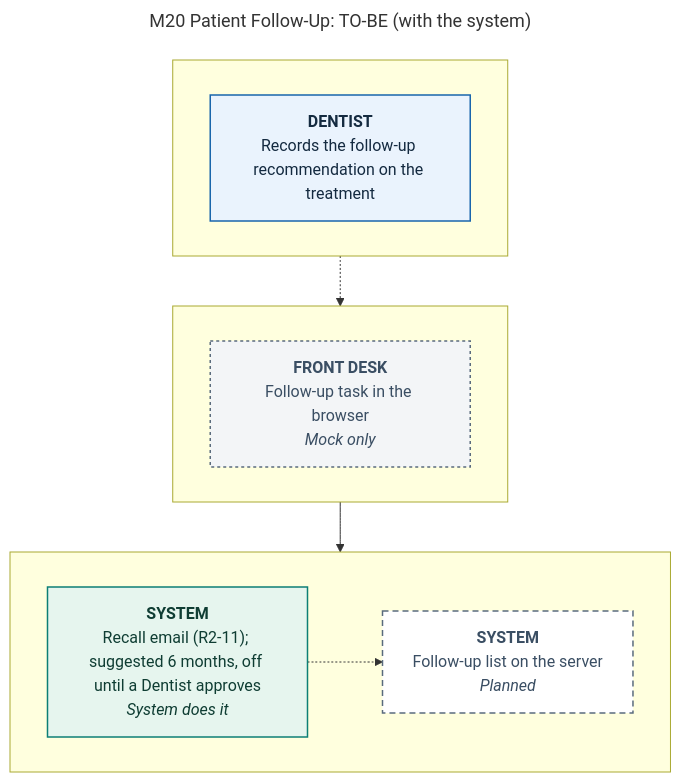
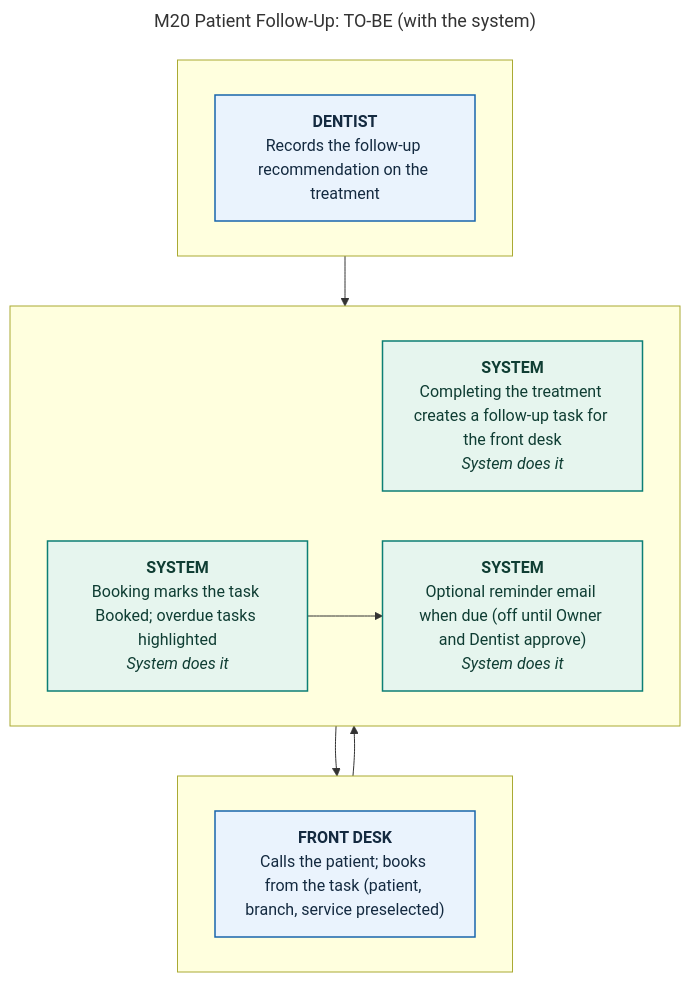
Before and after one commit to 0phem/multibranch-dental-clinic: the diagram in docs/defense/diagrams/M20-patient-follow-up-to-be.mmd, drawn with Mermaid. The commit also changed 27 other files, not shown here.

Commit message:
docs: M19 and M20 implemented — statuses, TO-BE diagrams and process PDF, interview questions (prescriptions, license number, follow-ups, tooth numbering), open items 30–31, panel Q56–59, demo moment 3h, roadmap slide for M12/M24, pending migrations (item 18)

```diff
--- a/docs/defense/diagrams/M20-patient-follow-up-to-be.mmd
+++ b/docs/defense/diagrams/M20-patient-follow-up-to-be.mmd
@@ -1,26 +1,28 @@
 ---
 title: "M20 Patient Follow-Up: TO-BE (with the system)"
 ---
 flowchart TB
     subgraph L1[" "]
     direction LR
-      S1["<b>FRONT DESK</b><br/>Follow-up task in the browser<br/><i>Mock only</i>"]:::mock
+      S2["<b>FRONT DESK</b><br/>Calls the patient; books from the task (patient, branch, service preselected)"]:::manual
     end
     subgraph L2[" "]
     direction LR
       S0["<b>DENTIST</b><br/>Records the follow-up recommendation on the treatment"]:::manual
     end
     subgraph L4[" "]
     direction LR
-      S2["<b>SYSTEM</b><br/>Recall email (R2-11); suggested 6 months, off until a Dentist approves<br/><i>System does it</i>"]:::auto
-      S3["<b>SYSTEM</b><br/>Follow-up list on the server<br/><i>Planned</i>"]:::planned
+      S1["<b>SYSTEM</b><br/>Completing the treatment creates a follow-up task for the front desk<br/><i>System does it</i>"]:::auto
+      S3["<b>SYSTEM</b><br/>Booking marks the task Booked; overdue tasks highlighted<br/><i>System does it</i>"]:::auto
+      S4["<b>SYSTEM</b><br/>Optional reminder email when due (off until Owner and Dentist approve)<br/><i>System does it</i>"]:::auto
     end
-    S0 -.-> S1
+    S0 --> S1
     S1 --> S2
-    S2 -.-> S3
+    S2 --> S3
+    S3 --> S4
     classDef cited fill:#eaf3fd,stroke:#1865ac,color:#142a40,stroke-width:1.5px
     classDef confirm fill:#fffaf0,stroke:#b26a00,color:#5e3c00,stroke-width:1.5px,stroke-dasharray:6 4
     classDef auto fill:#e6f5ee,stroke:#0c7f75,color:#0f3d33,stroke-width:1.5px
     classDef manual fill:#eaf3fd,stroke:#1865ac,color:#142a40,stroke-width:1.5px
     classDef mock fill:#f3f5f7,stroke:#5a6b7d,color:#3a4e63,stroke-width:1.5px,stroke-dasharray:3 3
     classDef planned fill:#ffffff,stroke:#5a6b7d,color:#3a4e63,stroke-width:1.5px,stroke-dasharray:6 4
```
